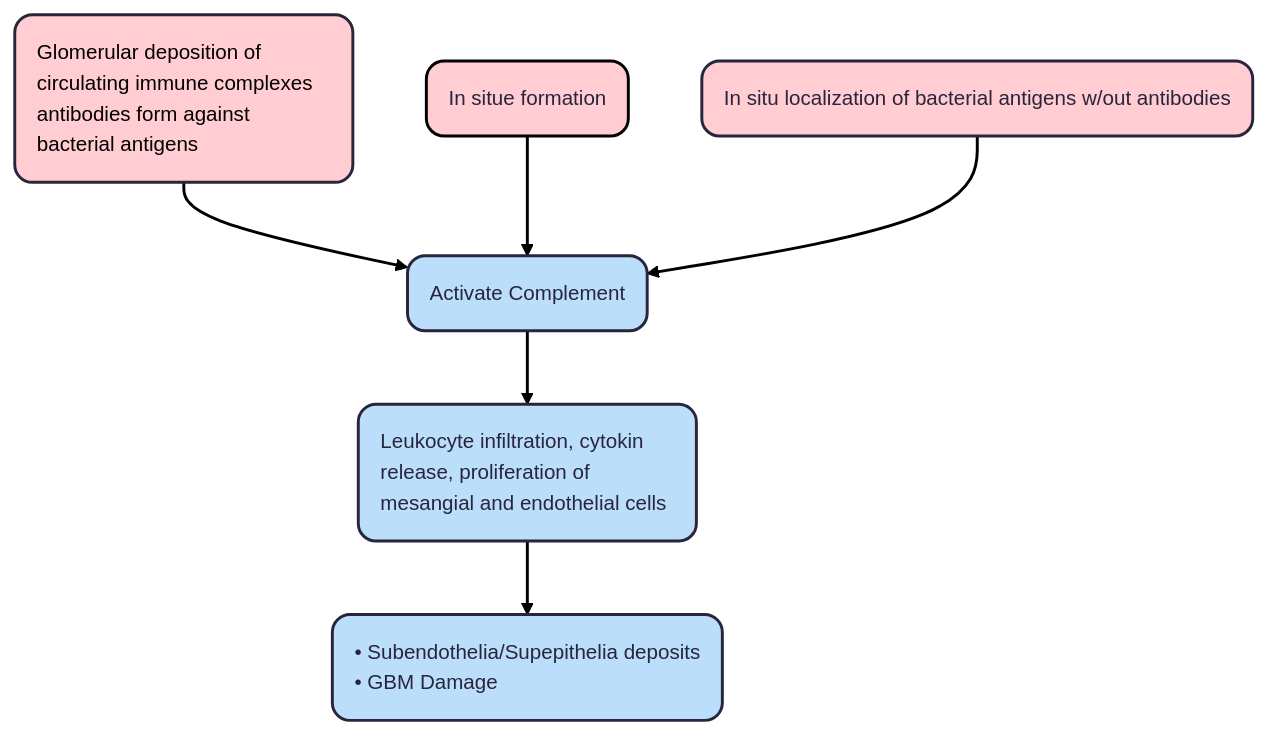
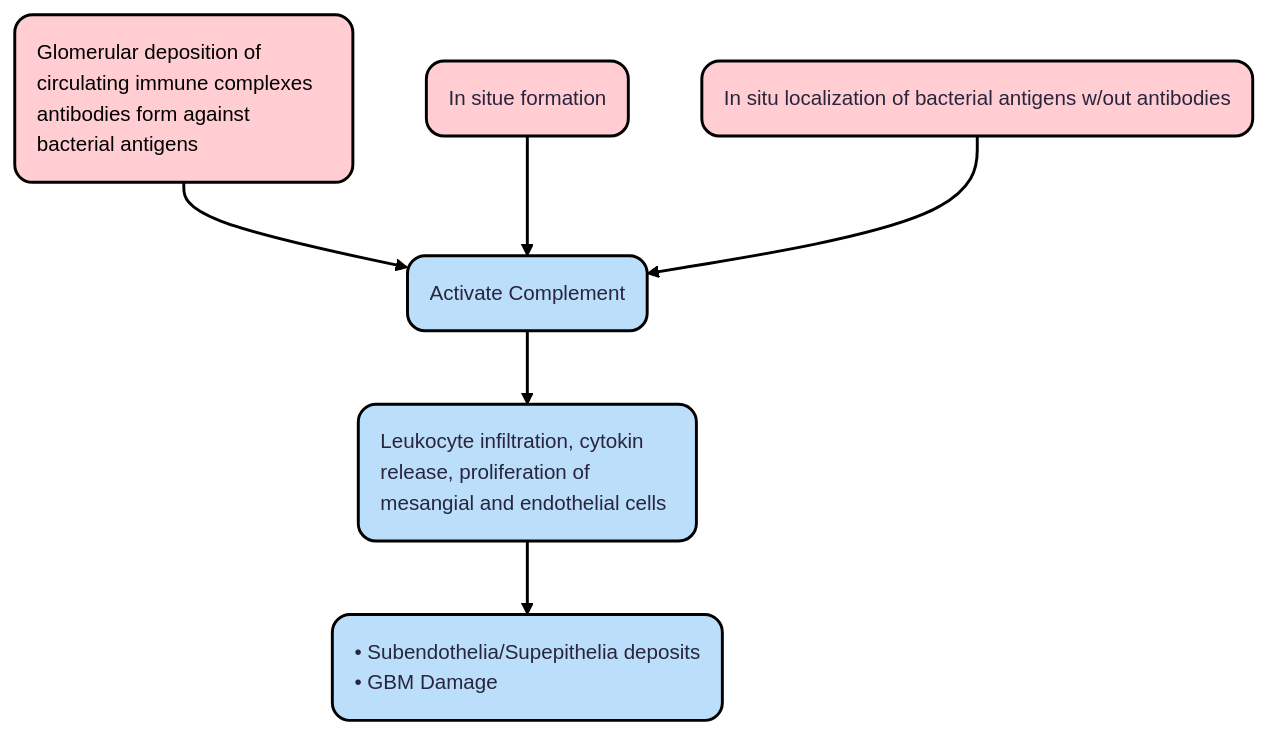
Before and after one commit to TTUNEPH2025/GN: the diagram in docs/IRGN.md, drawn with Mermaid.

````diff
--- a/docs/IRGN.md
+++ b/docs/IRGN.md
@@ -29,27 +29,27 @@
 ```mermaid
 ---
 config:
   theme: redux
   layout: dagre
 ---
 flowchart TB
     A["Glomerular deposition of circulating immune complexes antibodies form against bacterial antigens"] --> n1["Activate Complement"]
     n1 --> n2["Leukocyte infiltration, cytokin release, proliferation of mesangial and endothelial cells"]
     n3["In situe formation"] --> n1
     n4["In situ localization of bacterial antigens w/out antibodies"] --> n1
     n2 --> n5["• Subendothelia/Supepithelia deposits
     • GBM Damage"]
 
     A@{ shape: rounded}
     n1@{ shape: rounded}
     n2@{ shape: rounded}
     n3@{ shape: rounded}
     n4@{ shape: rounded}
     n5@{ shape: rounded}
-    style A color:#000000,fill:#FFCDD2,text-align:left
-    style n1 fill:#BBDEFB,text-align:left
-    style n2 fill:#BBDEFB,text-align:left
+    style A color:#000000,fill:#FFCDD2,text-align:left,stroke:#000000
+    style n1 fill:#BBDEFB,text-align:left,stroke:#000000
+    style n2 fill:#BBDEFB,text-align:left,stroke:#000000
     style n3 stroke:#000000,fill:#FFCDD2,text-align:left,white-space:nowrap
-    style n4 fill:#FFCDD2,text-align:left,white-space:nowrap
-    style n5 fill:#BBDEFB,text-align:left,white-space:nowrap
+    style n4 fill:#FFCDD2,text-align:left,white-space:nowrap,stroke:#000000
+    style n5 fill:#BBDEFB,text-align:left,white-space:nowrap,stroke:#000000
 ```
````
